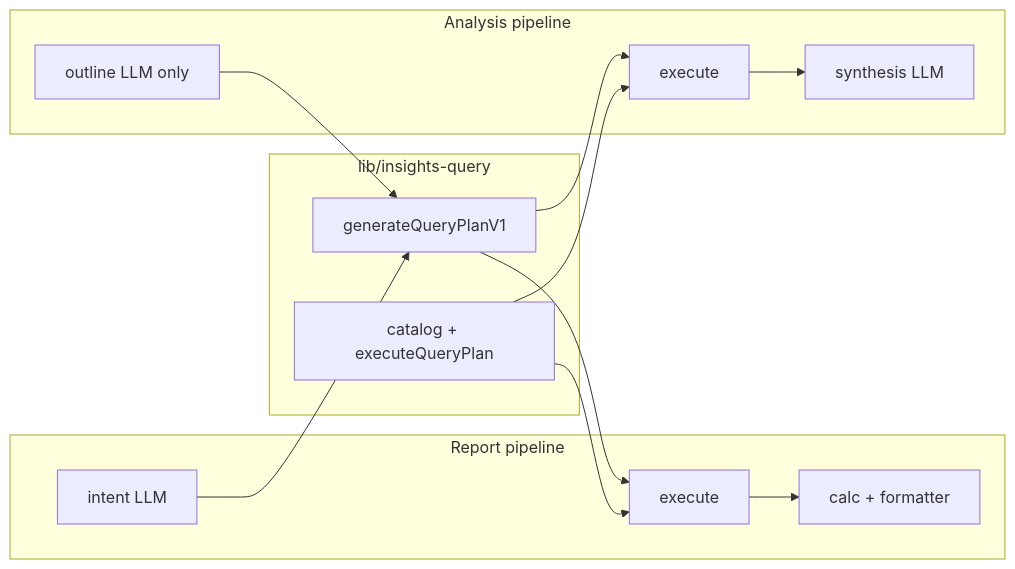
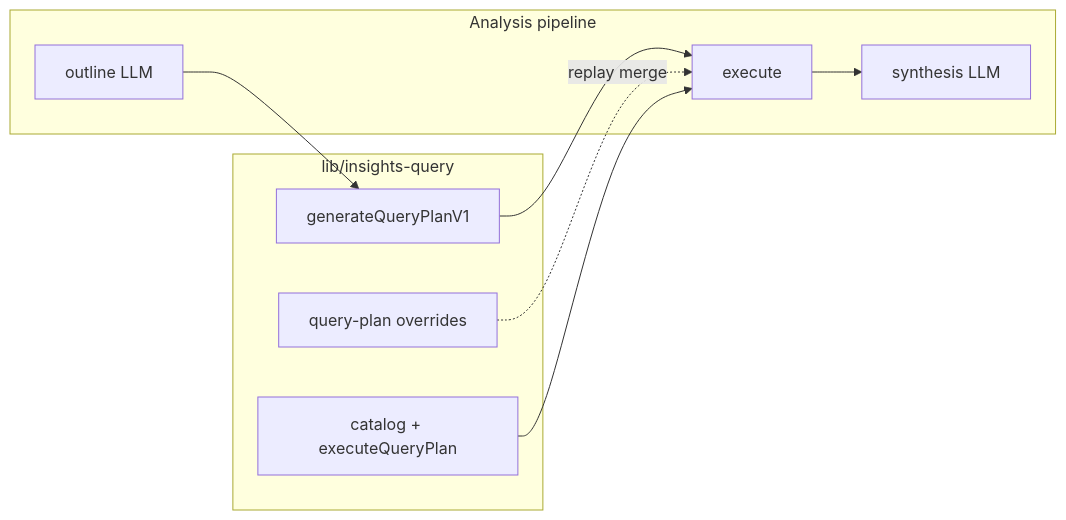
The diagram in lib/insights/README.md (zarif007/Trckr), drawn with Mermaid before and after one commit. The commit also changed other lines of this file and 92 other files, not shown here.

````diff
--- a/lib/insights/README.md
+++ b/lib/insights/README.md
@@ -7,23 +7,17 @@
 ```mermaid
 flowchart LR
   subgraph shared [lib/insights-query]
     QP[generateQueryPlanV1]
     CAT[catalog + executeQueryPlan]
+    RO[query-plan overrides]
   end
-  subgraph report [Report pipeline]
-    RI[intent LLM]
+  subgraph analysis [Analysis pipeline]
+    AO[outline LLM]
     QP
     EX[execute]
-    CF[calc + formatter]
-    RI --> QP --> EX --> CF
+    SY[synthesis LLM]
+    AO --> QP --> EX --> SY
   end
-  subgraph analysis [Analysis pipeline]
-    AO[outline LLM only]
-    QP
-    EX2[execute]
-    SY[synthesis LLM]
-    AO --> QP --> EX2 --> SY
-  end
+  RO -.->|replay merge| EX
   CAT --> EX
-  CAT --> EX2
 ```
````
